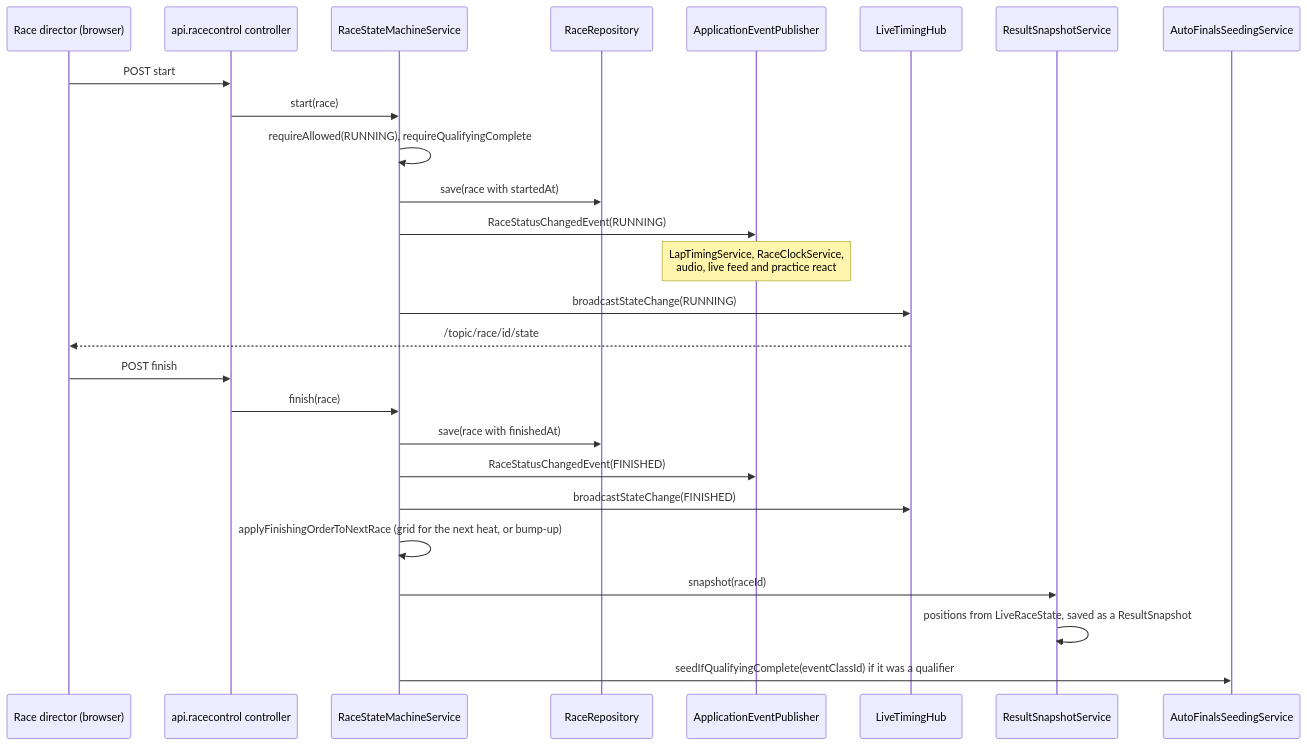
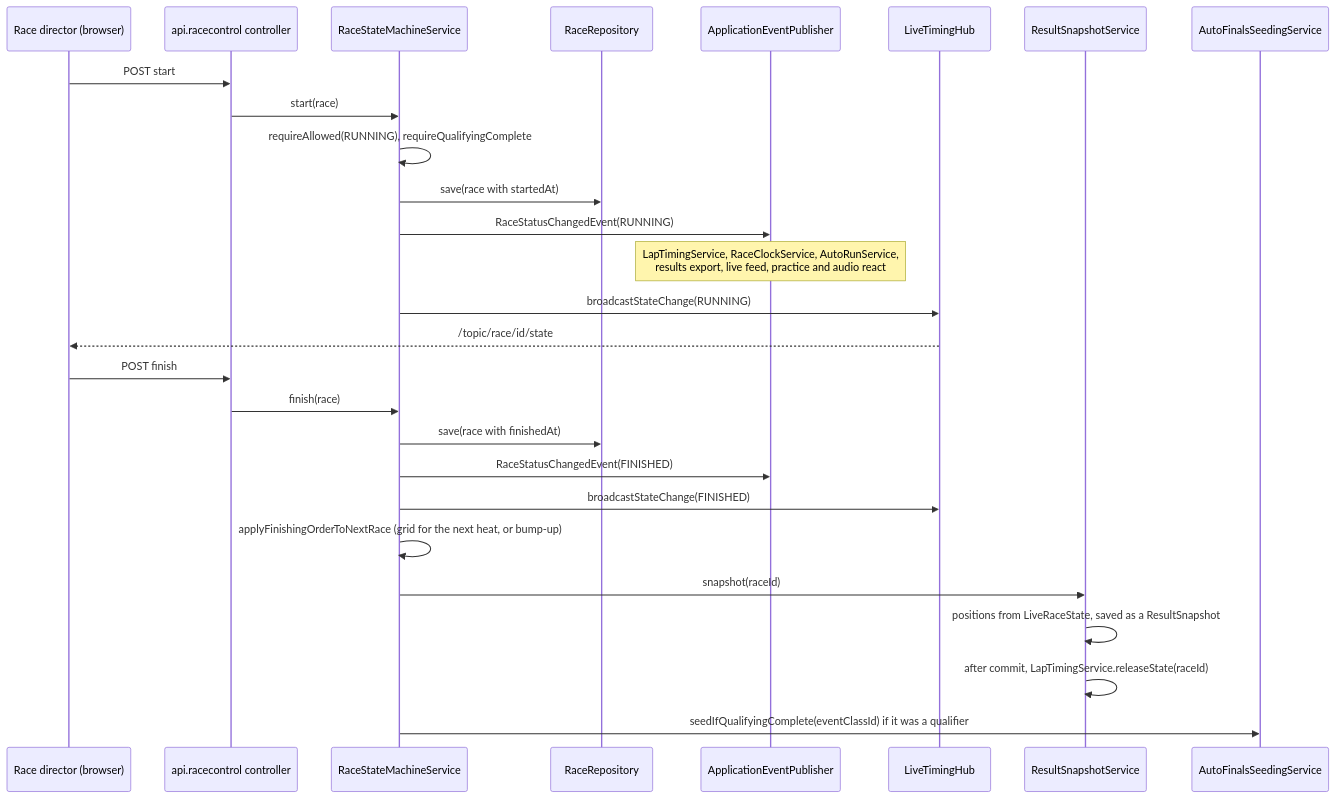
The second of 6 diagrams in docs/developer/sequences.md (RCRaceHub/RCTimingControl), drawn with Mermaid before and after one commit. The commit also changed other lines of this file and 4 other files, not shown here.

First line of the commit message:
Fix diagram inaccuracies found in review (#347)

````diff
--- a/docs/developer/sequences.md
+++ b/docs/developer/sequences.md
@@ -55,30 +55,31 @@
 ```mermaid
 sequenceDiagram
     participant RD as Race director (browser)
     participant C as api.racecontrol controller
     participant SM as RaceStateMachineService
     participant RRp as RaceRepository
     participant Bus as ApplicationEventPublisher
     participant Hub as LiveTimingHub
     participant RS as ResultSnapshotService
     participant AF as AutoFinalsSeedingService
 
     RD->>C: POST start
     C->>SM: start(race)
     SM->>SM: requireAllowed(RUNNING), requireQualifyingComplete
     SM->>RRp: save(race with startedAt)
     SM->>Bus: RaceStatusChangedEvent(RUNNING)
-    Note over Bus: LapTimingService, RaceClockService,<br/>audio, live feed and practice react
+    Note over Bus: LapTimingService, RaceClockService, AutoRunService,<br/>results export, live feed, practice and audio react
     SM->>Hub: broadcastStateChange(RUNNING)
     Hub-->>RD: /topic/race/id/state
 
     RD->>C: POST finish
     C->>SM: finish(race)
     SM->>RRp: save(race with finishedAt)
     SM->>Bus: RaceStatusChangedEvent(FINISHED)
     SM->>Hub: broadcastStateChange(FINISHED)
     SM->>SM: applyFinishingOrderToNextRace (grid for the next heat, or bump-up)
     SM->>RS: snapshot(raceId)
     RS->>RS: positions from LiveRaceState, saved as a ResultSnapshot
+    RS->>RS: after commit, LapTimingService.releaseState(raceId)
     SM->>AF: seedIfQualifyingComplete(eventClassId) if it was a qualifier
 ```
````
